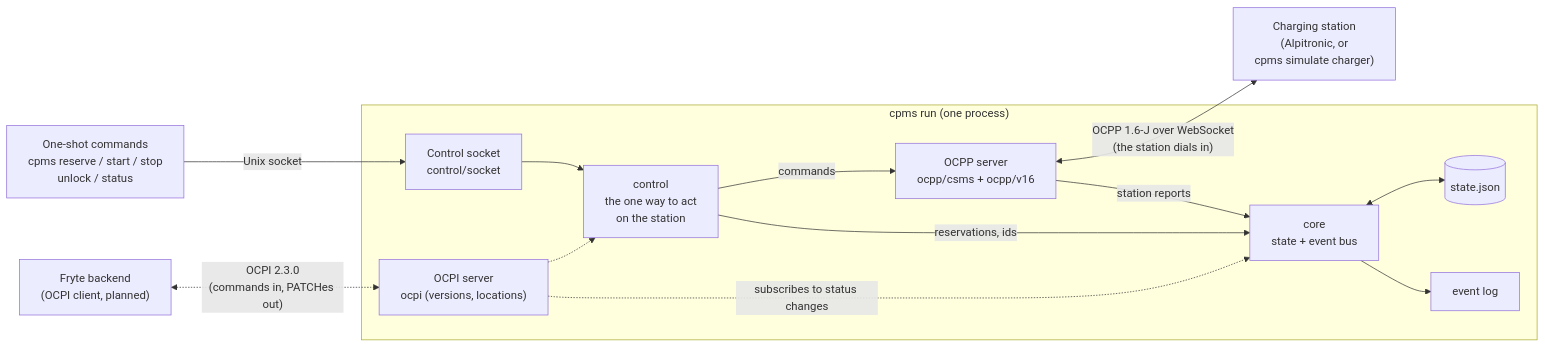
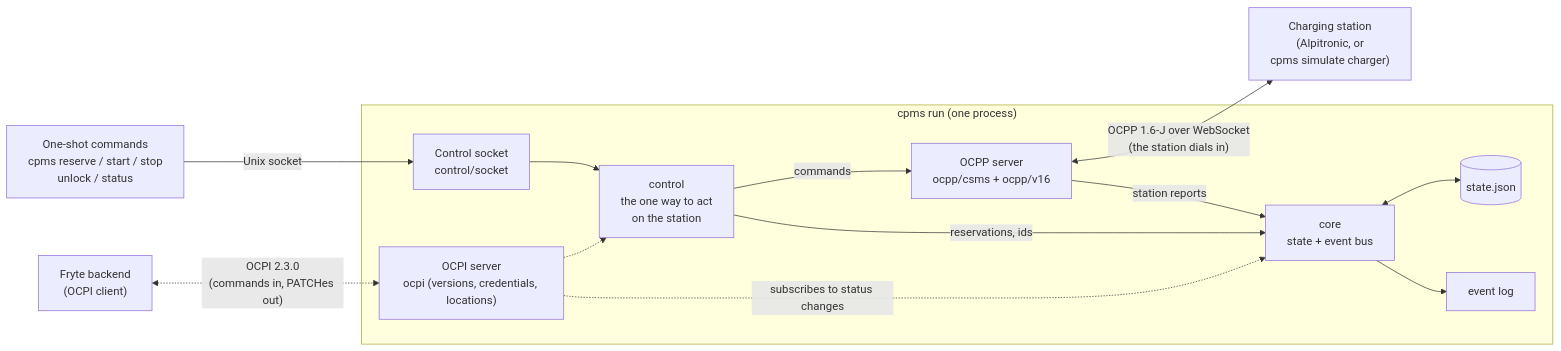
One commit to wolffseb/headless-csms changed the first of 7 diagrams in README.md. Above: the diagram before and after it, drawn with Mermaid. The commit also changed other lines of this file and 21 other files, not shown here.

First line of the commit message:
Add the OCPI credentials handshake and outbound client (roadmap 5.2)

````diff
--- a/README.md
+++ b/README.md
@@ -456,28 +510,28 @@
 ```mermaid
 flowchart LR
     cli["One-shot commands<br/>cpms reserve / start / stop<br/>unlock / status"]
-    fryte["Fryte backend<br/>(OCPI client, planned)"]
+    fryte["Fryte backend<br/>(OCPI client)"]
     station["Charging station<br/>(Alpitronic, or<br/>cpms simulate charger)"]
 
     subgraph run ["cpms run (one process)"]
         sock["Control socket<br/>control/socket"]
-        ocpi["OCPI server<br/>ocpi (versions, locations)"]
+        ocpi["OCPI server<br/>ocpi (versions, credentials, locations)"]
         ctrl["control<br/>the one way to act<br/>on the station"]
         csms["OCPP server<br/>ocpp/csms + ocpp/v16"]
         core["core<br/>state + event bus"]
         store[("state.json")]
         log["event log"]
     end
 
     cli -- "Unix socket" --> sock
     fryte <-. "OCPI 2.3.0<br/>(commands in, PATCHes out)" .-> ocpi
     sock --> ctrl
     ocpi -.-> ctrl
     ctrl -- "commands" --> csms
     csms <-- "OCPP 1.6-J over WebSocket<br/>(the station dials in)" --> station
     ctrl -- "reservations, ids" --> core
     csms -- "station reports" --> core
     ocpi -. "subscribes to status changes" .-> core
     core <--> store
     core --> log
 ```
````
